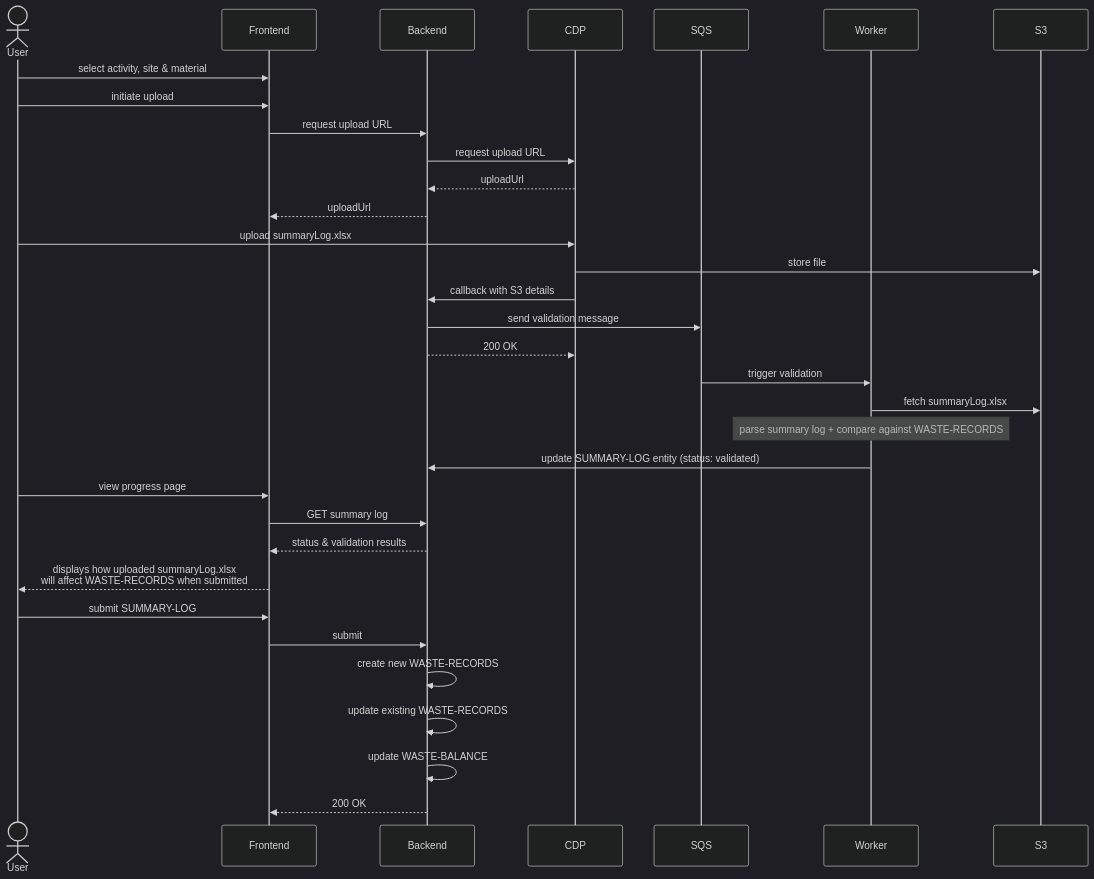
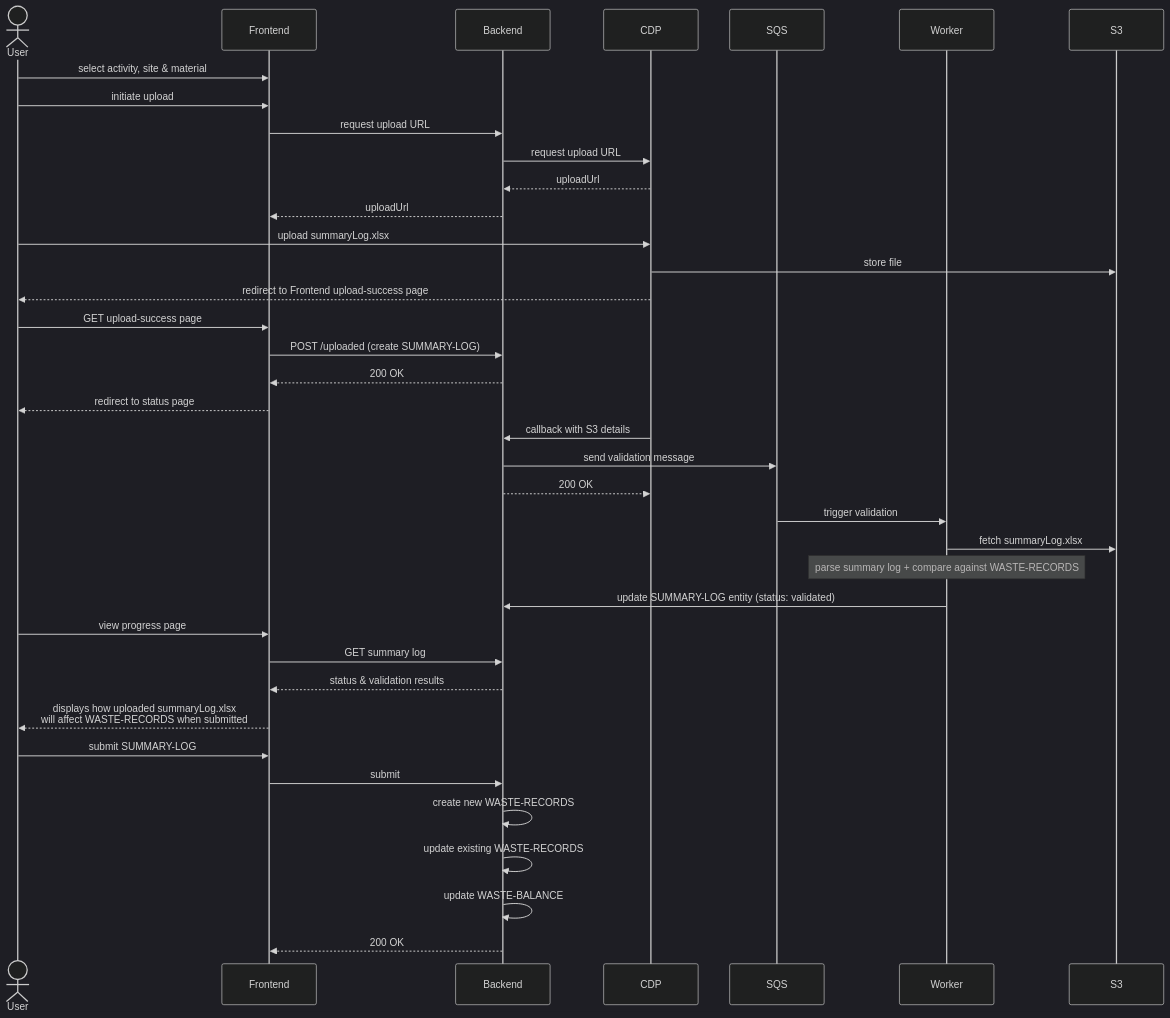
One commit to DEFRA/epr-backend changed the tenth of 10 diagrams in docs/architecture/discovery/pepr-hld.md. Above: the diagram before and after it, drawn with Mermaid (dark theme). The commit also changed other lines of this file and 1 other file, not shown here.

Commit message:
Update summary log upload flow and state names

````diff
--- a/docs/architecture/discovery/pepr-hld.md
+++ b/docs/architecture/discovery/pepr-hld.md
@@ -455,36 +453,41 @@
 ```mermaid
 sequenceDiagram
     actor User
     participant Frontend
     participant Backend
     participant CDP
     participant SQS
     participant Worker
     participant S3
 
     User->>Frontend: select activity, site & material
     User->>Frontend: initiate upload
     Frontend->>Backend: request upload URL
     Backend->>CDP: request upload URL
     CDP-->>Backend: uploadUrl
     Backend-->>Frontend: uploadUrl
     User->>CDP: upload summaryLog.xlsx
     CDP->>S3: store file
+    CDP-->>User: redirect to Frontend upload-success page
+    User->>Frontend: GET upload-success page
+    Frontend->>Backend: POST /uploaded (create SUMMARY-LOG)
+    Backend-->>Frontend: 200 OK
+    Frontend-->>User: redirect to status page
     CDP->>Backend: callback with S3 details
     Backend->>SQS: send validation message
     Backend-->>CDP: 200 OK
     SQS->>Worker: trigger validation
     Worker->>S3: fetch summaryLog.xlsx
     Note over Worker: parse summary log + compare against WASTE-RECORDS
     Worker->>Backend: update SUMMARY-LOG entity (status: validated)
     User->>Frontend: view progress page
     Frontend->>Backend: GET summary log
     Backend-->>Frontend: status & validation results
     Frontend-->>User: displays how uploaded summaryLog.xlsx<br> will affect WASTE-RECORDS when submitted
     User->>Frontend: submit SUMMARY-LOG
     Frontend->>Backend: submit
     Backend->>Backend: create new WASTE-RECORDS
     Backend->>Backend: update existing WASTE-RECORDS
     Backend->>Backend: update WASTE-BALANCE
     Backend-->>Frontend: 200 OK
 ```
````
